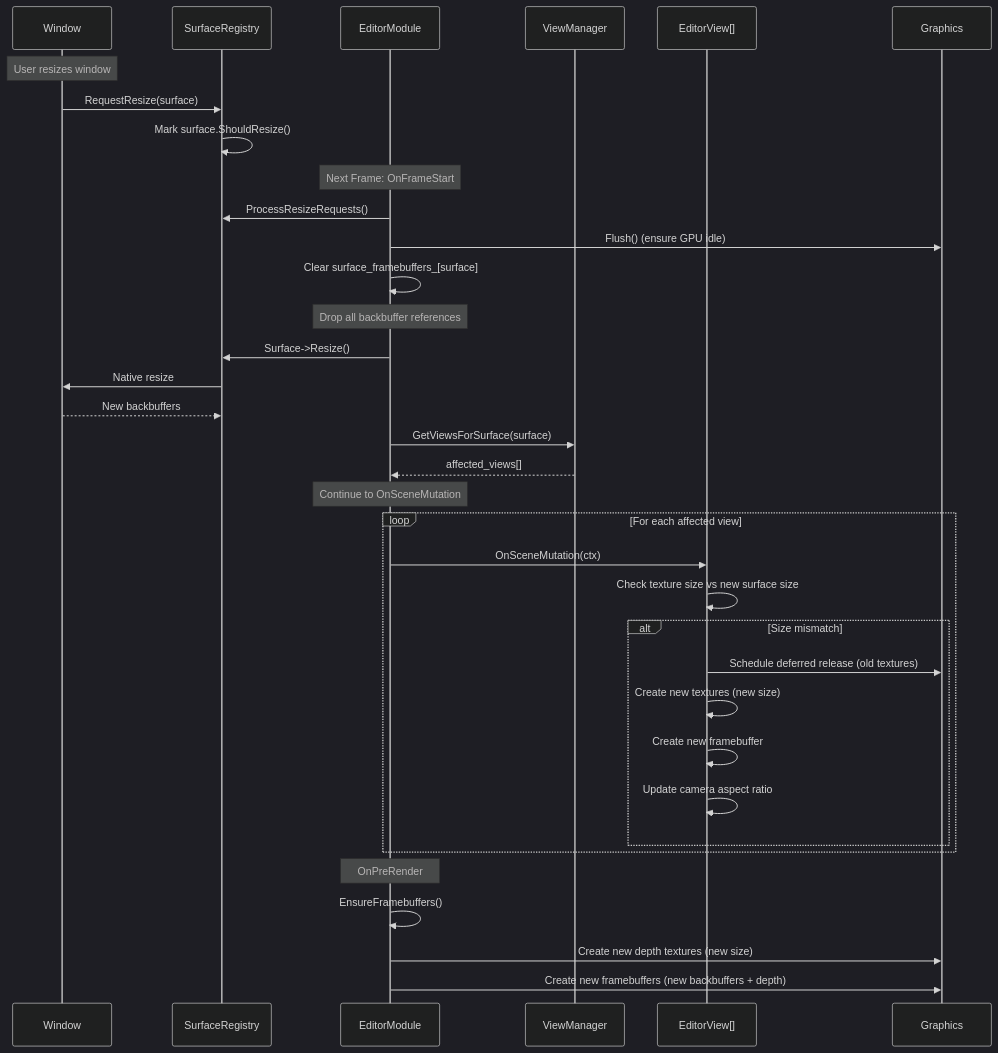
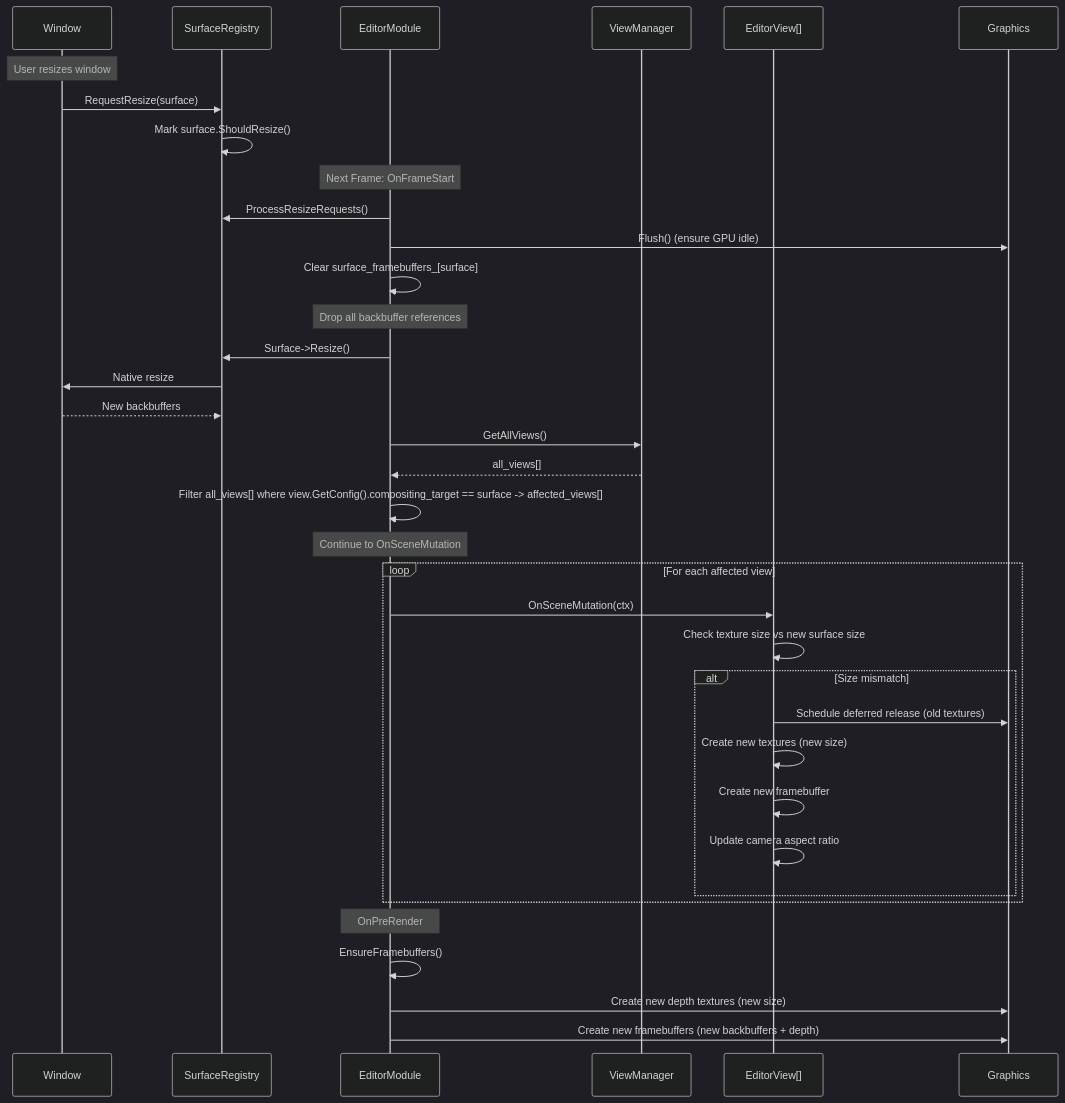
Before and after one commit to abdes/DroidNet: the ninth of 13 diagrams in projects/Oxygen.Editor.Interop/design/editor-module-refactor-flows.md, drawn with Mermaid (dark theme). The commit also changed other lines of this file and 2 other files, not shown here.

Commit message:
docs(editor-module): remove deprecated view query methods and update flow diagrams

````diff
--- a/projects/Oxygen.Editor.Interop/design/editor-module-refactor-flows.md
+++ b/projects/Oxygen.Editor.Interop/design/editor-module-refactor-flows.md
@@ -391,46 +395,49 @@
 ```mermaid
 sequenceDiagram
     participant Win as Window
     participant SR as SurfaceRegistry
     participant EM as EditorModule
     participant VM as ViewManager
     participant EV as EditorView[]
     participant G as Graphics
 
     Note over Win: User resizes window
     Win->>SR: RequestResize(surface)
     SR->>SR: Mark surface.ShouldResize()
 
     Note over EM: Next Frame: OnFrameStart
     EM->>SR: ProcessResizeRequests()
 
     EM->>G: Flush() (ensure GPU idle)
     EM->>EM: Clear surface_framebuffers_[surface]
     Note over EM: Drop all backbuffer references
 
     EM->>SR: Surface->Resize()
     SR->>Win: Native resize
     Win-->>SR: New backbuffers
 
-    EM->>VM: GetViewsForSurface(surface)
-    VM-->>EM: affected_views[]
+    EM->>VM: GetAllViews()
+    VM-->>EM: all_views[]
+
+    %% The engine finds affected views by checking view.GetConfig().compositing_target == surface
+    EM->>EM: Filter all_views[] where view.GetConfig().compositing_target == surface -> affected_views[]
 
     Note over EM: Continue to OnSceneMutation
 
     loop For each affected view
         EM->>EV: OnSceneMutation(ctx)
 
         EV->>EV: Check texture size vs new surface size
         alt Size mismatch
             EV->>G: Schedule deferred release (old textures)
             EV->>EV: Create new textures (new size)
             EV->>EV: Create new framebuffer
             EV->>EV: Update camera aspect ratio
         end
     end
 
     Note over EM: OnPreRender
     EM->>EM: EnsureFramebuffers()
     EM->>G: Create new depth textures (new size)
     EM->>G: Create new framebuffers (new backbuffers + depth)
 ```
````
